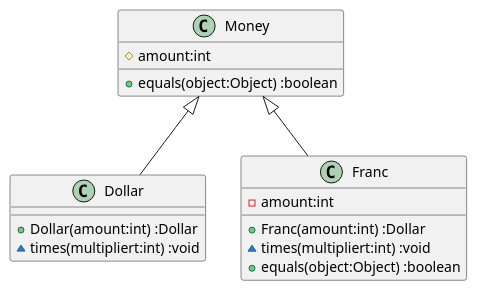
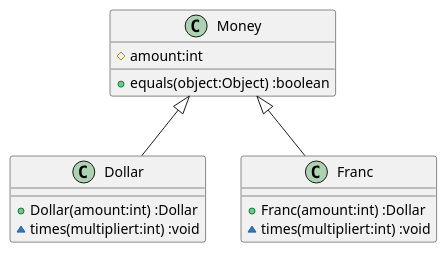
The diagram in docs/src/TDD.md (k2works/etude_for_java), drawn with PlantUML before and after one commit. The commit also changed 3 other files, not shown here.

````diff
--- a/docs/src/TDD.md
+++ b/docs/src/TDD.md
@@ -59,18 +59,16 @@
 ```puml
 class Dollar {
   +Dollar(amount:int) :Dollar
   ~times(multipliert:int) :void
 }
 class Franc {
-  -amount:int
   +Franc(amount:int) :Dollar
   ~times(multipliert:int) :void
-  +equals(object:Object) :boolean
 }
 class Money {
   #amount:int
   +equals(object:Object) :boolean  
 }
 Money <|-- Dollar
 Money <|-- Franc
 ```
````
